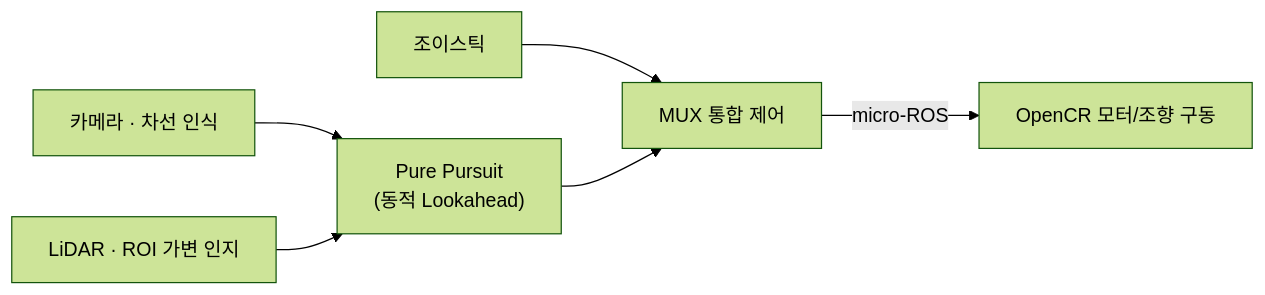
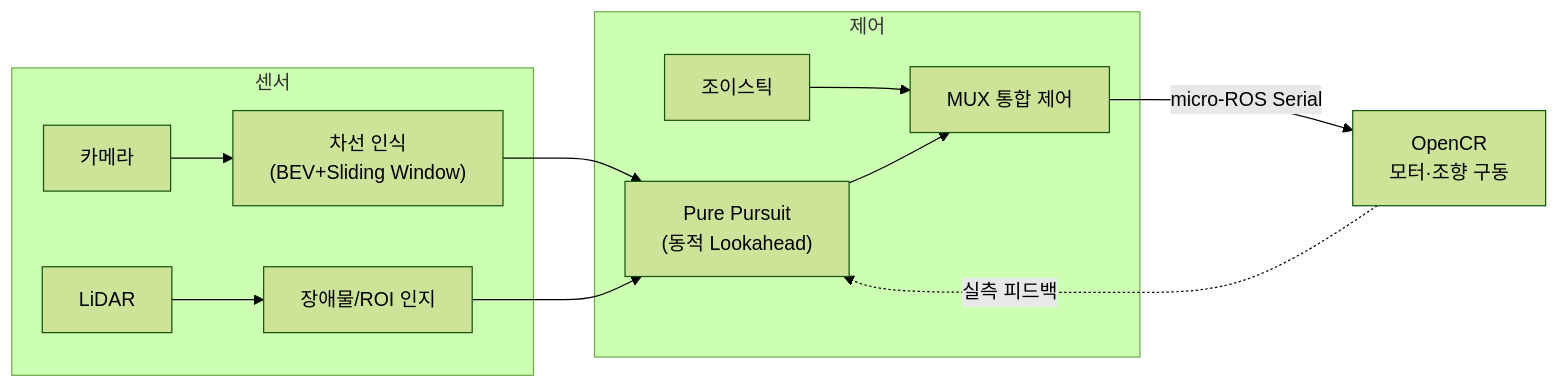
One commit to GeonHoong/GeonHoong changed the first of 4 diagrams in README.md. Above: the diagram before and after it, drawn with Mermaid (forest theme). The commit also changed other lines of this file, not shown here.

````diff
--- a/README.md
+++ b/README.md
@@ -54,8 +53,15 @@
 ```mermaid
 flowchart LR
-    CAM["카메라 · 차선 인식"] --> PP["Pure Pursuit\n(동적 Lookahead)"]
-    LID["LiDAR · ROI 가변 인지"] --> PP
-    JOY["조이스틱"] --> MUX["MUX 통합 제어"]
-    PP --> MUX
-    MUX -->|micro-ROS| OPENCR["OpenCR 모터/조향 구동"]
+    subgraph SENSE[센서]
+        CAM["카메라"] --> LD["차선 인식\n(BEV+Sliding Window)"]
+        LID["LiDAR"] --> LDET["장애물/ROI 인지"]
+    end
+    subgraph CTRL[제어]
+        LD --> PP["Pure Pursuit\n(동적 Lookahead)"]
+        LDET --> PP
+        JOY["조이스틱"] --> MUX["MUX 통합 제어"]
+        PP --> MUX
+    end
+    MUX -->|micro-ROS Serial| OPENCR["OpenCR\n모터·조향 구동"]
+    OPENCR -.실측 피드백.-> PP
 ```
````
